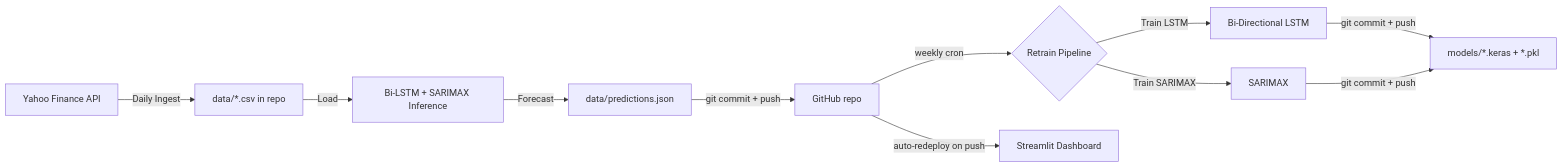
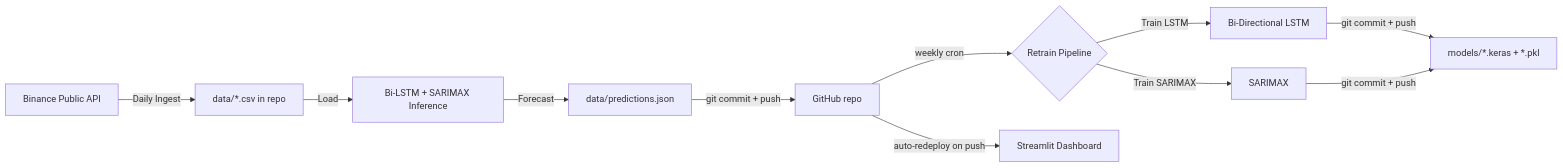
The diagram in README.md (yusuferdem16/CryptoCurrencyPricePredicter), drawn with Mermaid before and after one commit. The commit also changed other lines of this file and 2 other files, not shown here.

`````diff
--- a/README.md
+++ b/README.md
@@ -90,12 +90,12 @@
 ```mermaid
 flowchart LR
-    A[Yahoo Finance API] -->|Daily Ingest| B[data/*.csv in repo]
+    A[Binance Public API] -->|Daily Ingest| B[data/*.csv in repo]
     B -->|Load| C[Bi-LSTM + SARIMAX Inference]
     C -->|Forecast| D[data/predictions.json]
     D -->|git commit + push| E[GitHub repo]
     E -->|weekly cron| F{Retrain Pipeline}
     F -->|Train LSTM| G[Bi-Directional LSTM]
     F -->|Train SARIMAX| H[SARIMAX]
     G & H -->|git commit + push| I[models/*.keras + *.pkl]
     E -->|auto-redeploy on push| J[Streamlit Dashboard]
 ````
`````
